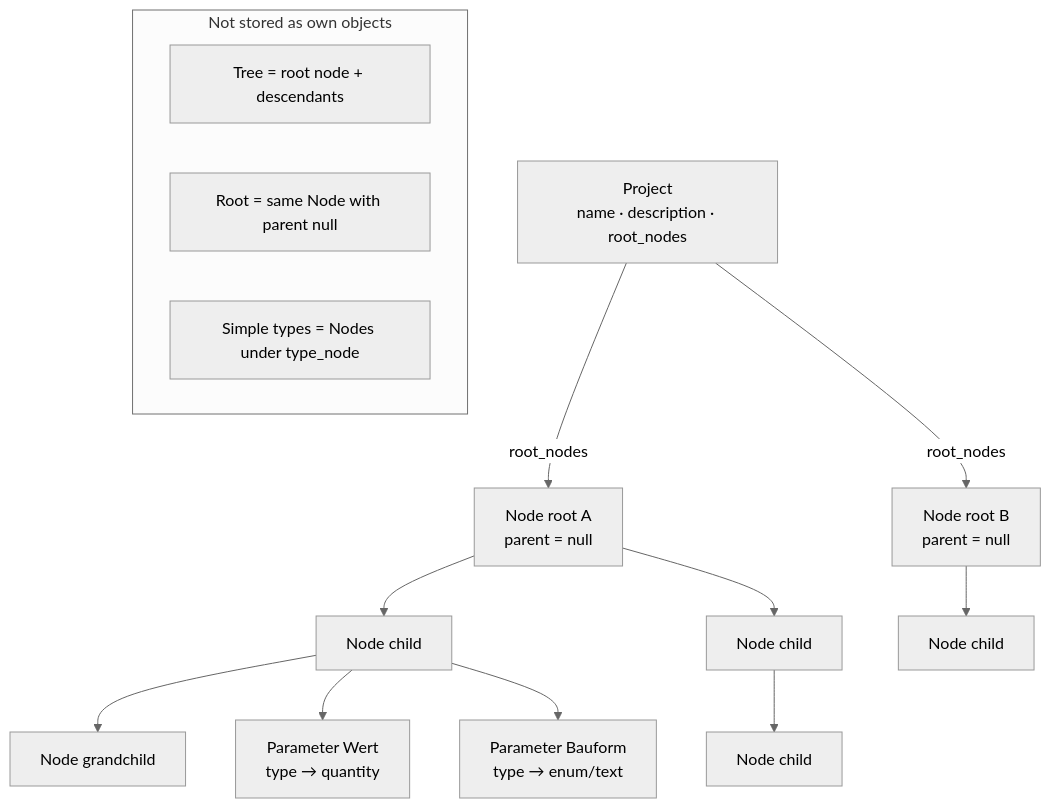
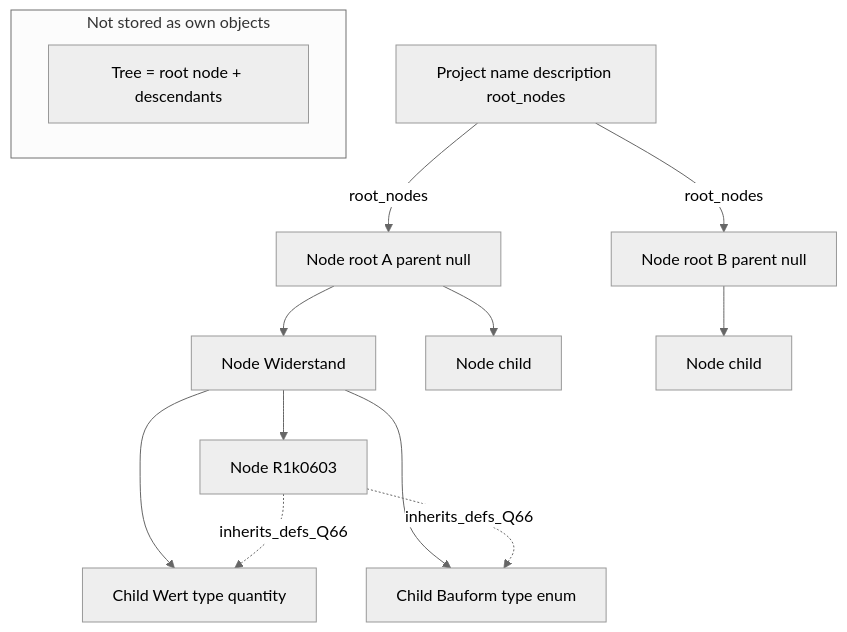
The third of 8 diagrams in docs/plans/data-structure.md (sfambach/wp-taxonomy-modeler), drawn with Mermaid (neutral theme) before and after one commit. The commit also changed other lines of this file and 117 other files, not shown here.

````diff
--- a/docs/plans/data-structure.md
+++ b/docs/plans/data-structure.md
@@ -429,22 +507,21 @@
 ```mermaid
 flowchart TB
-  PR["Project<br/>name · description · root_nodes"]
+  PR["Project name description root_nodes"]
 
-  PR -->|root_nodes| R1["Node root A<br/>parent = null"]
-  PR -->|root_nodes| R2["Node root B<br/>parent = null"]
+  PR -->|root_nodes| R1["Node root A parent null"]
+  PR -->|root_nodes| R2["Node root B parent null"]
 
-  R1 --> C1["Node child"]
+  R1 --> C1["Node Widerstand"]
   R1 --> C2["Node child"]
-  C1 --> G1["Node grandchild"]
+  C1 --> G1["Node R1k0603"]
   R2 --> C3["Node child"]
 
-  C1 --> P1["Parameter Wert<br/>type → quantity"]
-  C1 --> P2["Parameter Bauform<br/>type → enum/text"]
-  C2 --> P3["Node child"]
+  C1 --> P1["Child Wert type quantity"]
+  C1 --> P2["Child Bauform type enum"]
+  G1 -.->|inherits_defs_Q66| P1
+  G1 -.->|inherits_defs_Q66| P2
 
   subgraph note["Not stored as own objects"]
     T["Tree = root node + descendants"]
-    RN["Root = same Node with parent null"]
-    ST["Simple types = Nodes under type_node"]
   end
 ```
````
